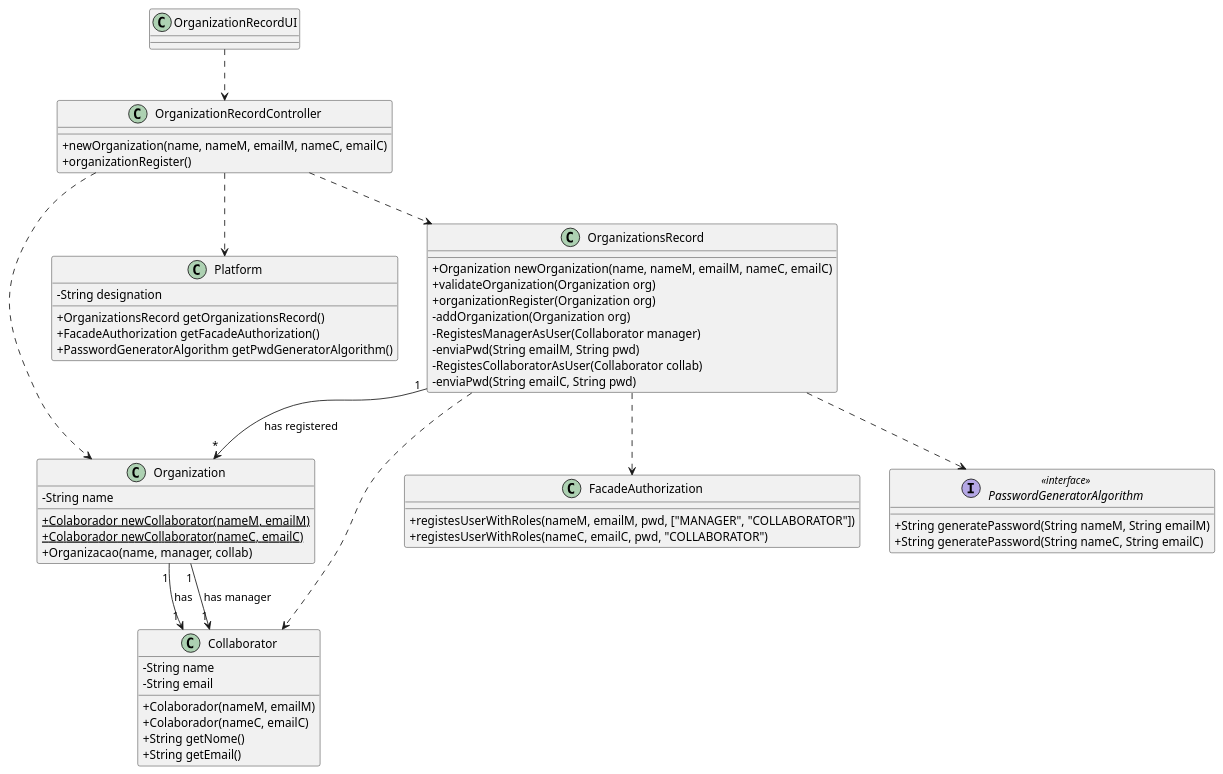
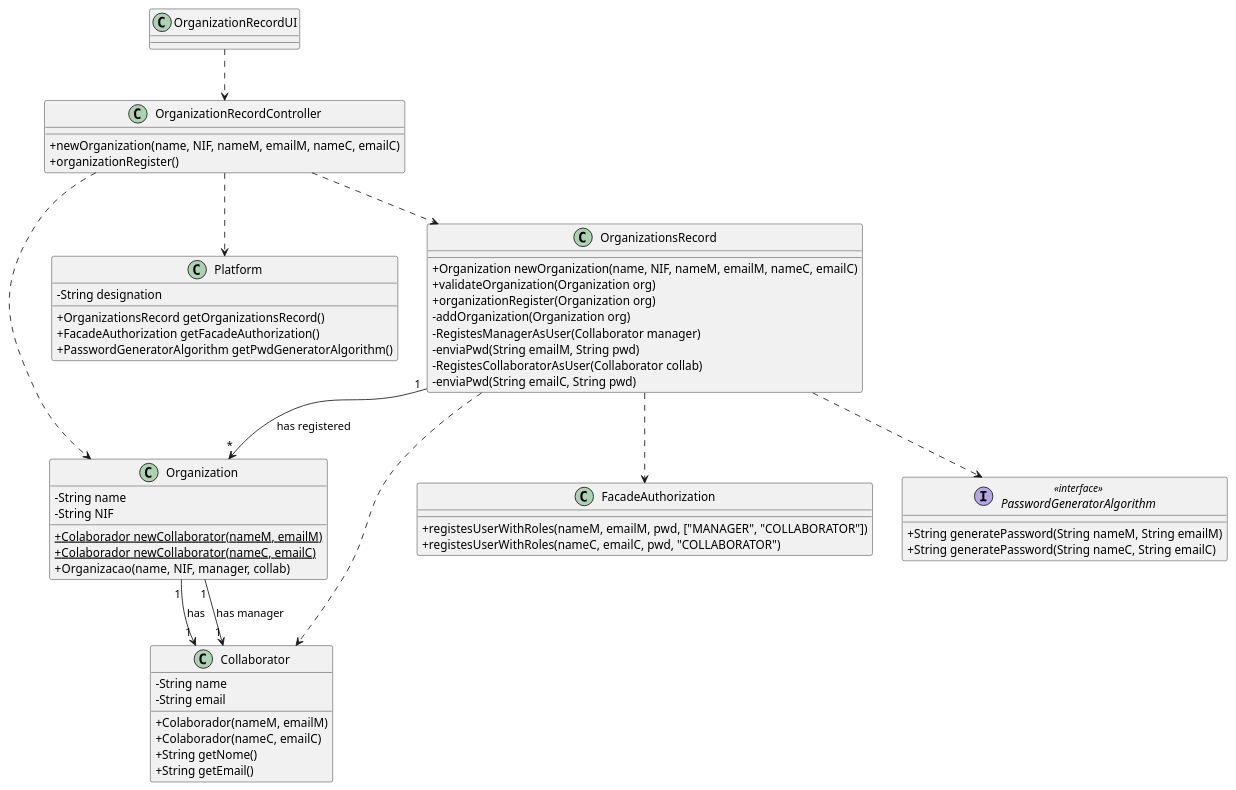
One commit to pedrolemos4/LAPR2 changed the diagram in docs/UC7 - Add New Organization/UC7_CD.puml. Above: the diagram before and after it, drawn with PlantUML. The commit also changed 12 other files, not shown here.

```diff
--- a/docs/UC7 - Add New Organization/UC7_CD.puml
+++ b/docs/UC7 - Add New Organization/UC7_CD.puml
@@ -1,68 +1,69 @@
 @startuml
 skinparam classAttributeIconSize 0
 
 class Collaborator {
   -String name
   -String email
   +Colaborador(nameM, emailM)
   +Colaborador(nameC, emailC)
   +String getNome()
   +String getEmail()
 }
 
 class Organization {
   -String name
+  -String NIF
   +{static} Colaborador newCollaborator(nameM, emailM)
   +{static} Colaborador newCollaborator(nameC, emailC)
-  +Organizacao(name, manager, collab)
+  +Organizacao(name, NIF, manager, collab)
 }
 
 class Platform {
   -String designation
   +OrganizationsRecord getOrganizationsRecord()
   +FacadeAuthorization getFacadeAuthorization()
   +PasswordGeneratorAlgorithm getPwdGeneratorAlgorithm()
 }
 
 class OrganizationsRecord {
-  +Organization newOrganization(name, nameM, emailM, nameC, emailC)
+  +Organization newOrganization(name, NIF, nameM, emailM, nameC, emailC)
   +validateOrganization(Organization org)
   +organizationRegister(Organization org)
   -addOrganization(Organization org)
   -RegistesManagerAsUser(Collaborator manager)
   -enviaPwd(String emailM, String pwd)
   -RegistesCollaboratorAsUser(Collaborator collab)
   -enviaPwd(String emailC, String pwd)
 }
 
 class FacadeAuthorization {
   +registesUserWithRoles(nameM, emailM, pwd, ["MANAGER", "COLLABORATOR"])
   +registesUserWithRoles(nameC, emailC, pwd, "COLLABORATOR")
 }
 
 interface PasswordGeneratorAlgorithm <<interface>>{
    +String generatePassword(String nameM, String emailM)
    +String generatePassword(String nameC, String emailC)
 }
 
 class OrganizationRecordController {
-    +newOrganization(name, nameM, emailM, nameC, emailC)
+    +newOrganization(name, NIF, nameM, emailM, nameC, emailC)
     +organizationRegister()
 }
 
 class OrganizationRecordUI {
 }
 
 OrganizationRecordUI ..> OrganizationRecordController
 OrganizationRecordController ..> Platform
 OrganizationRecordController ..> OrganizationsRecord
 OrganizationRecordController ..> Organization
 
 OrganizationsRecord "1" --> "*" Organization : has registered
 OrganizationsRecord ..> Collaborator
 OrganizationsRecord ..> FacadeAuthorization
 OrganizationsRecord ..> PasswordGeneratorAlgorithm
 Organization "1" --> "1" Collaborator: has
 Organization "1" --> "1" Collaborator: has manager
 
 @enduml
```
